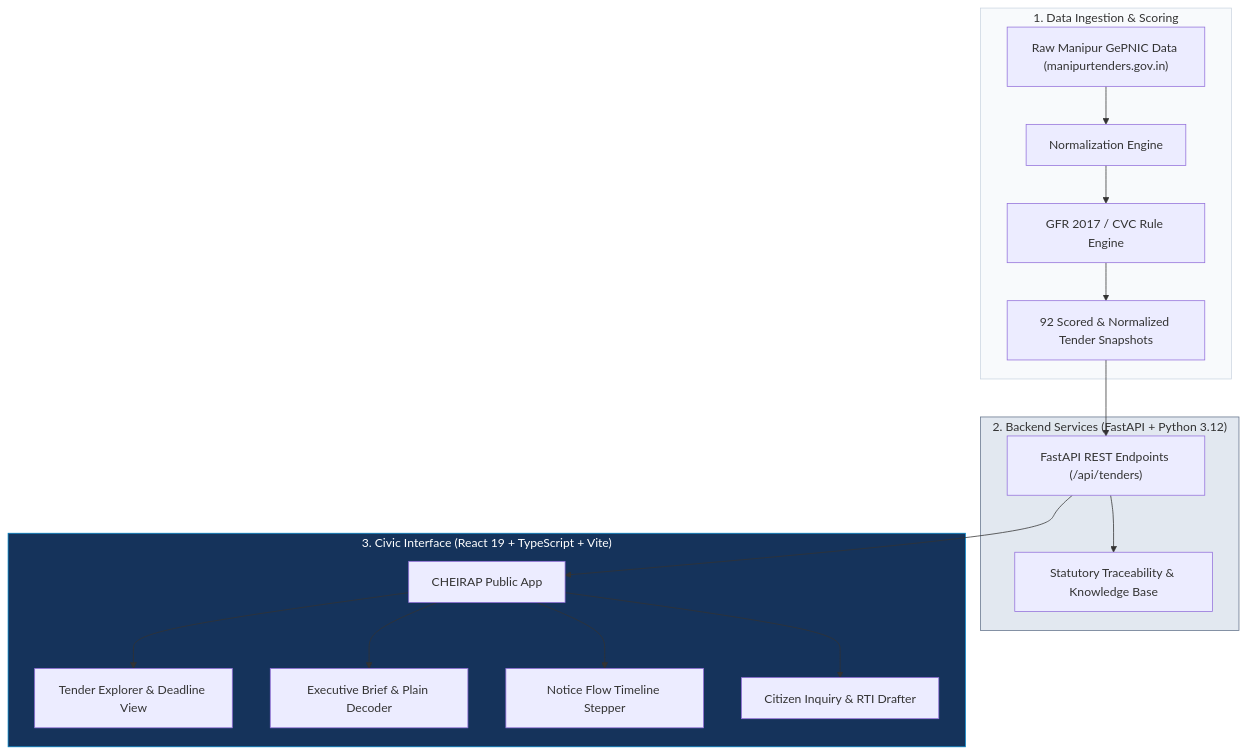
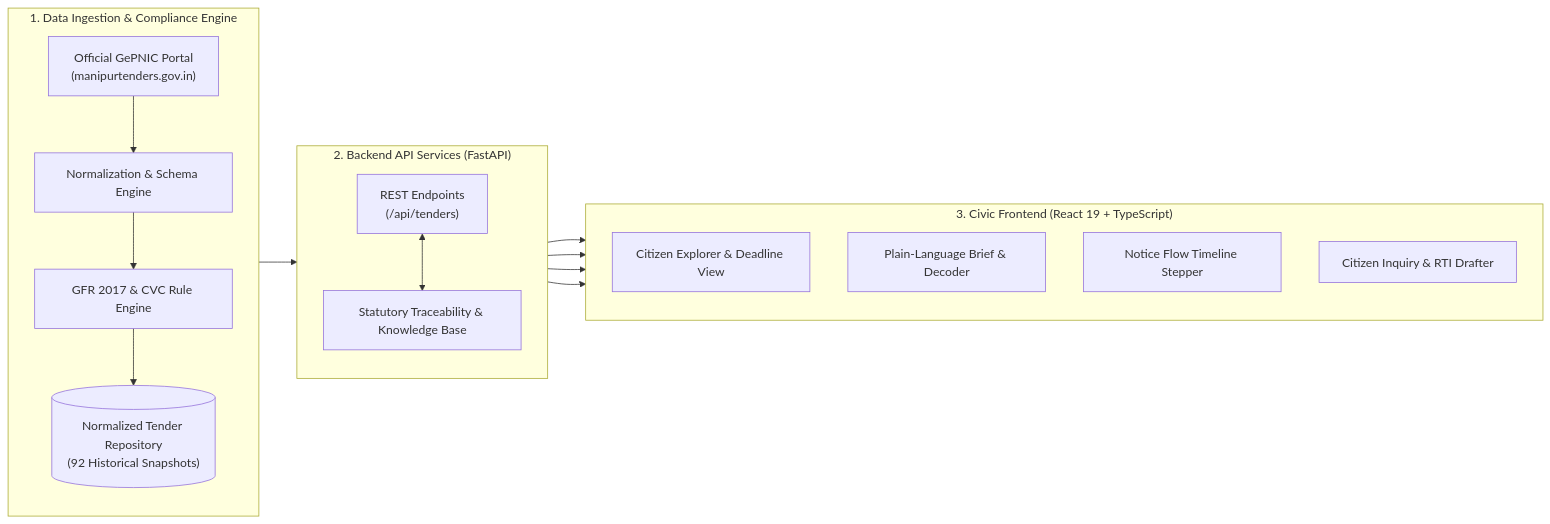
Before and after one commit to haapuchu/cheirap: the diagram in README.md, drawn with Mermaid. The commit also changed other lines of this file, not shown here.

Commit message:
docs: clean up README styling, remove emojis, polish architecture flowchart

````diff
--- a/README.md
+++ b/README.md
@@ -103,25 +103,34 @@
 ```mermaid
-flowchart TD
-    subgraph Data["1. Data Ingestion & Scoring"]
-        Raw["Raw Manipur GePNIC Data (manipurtenders.gov.in)"] --> Normalizer["Normalization Engine"]
-        Normalizer --> RuleEngine["GFR 2017 / CVC Rule Engine"]
-        RuleEngine --> ScoredDB["92 Scored & Normalized Tender Snapshots"]
+flowchart LR
+    subgraph Ingestion ["1. Data Ingestion & Compliance Engine"]
+        direction TB
+        Source["Official GePNIC Portal<br/>(manipurtenders.gov.in)"]
+        Normalizer["Normalization & Schema Engine"]
+        Rules["GFR 2017 & CVC Rule Engine"]
+        DB[("Normalized Tender Repository<br/>(92 Historical Snapshots)")]
+
+        Source --> Normalizer --> Rules --> DB
     end
 
-    subgraph Backend["2. Backend Services (FastAPI + Python 3.12)"]
-        ScoredDB --> API["FastAPI REST Endpoints (/api/tenders)"]
-        API --> RegKB["Statutory Traceability & Knowledge Base"]
+    subgraph Services ["2. Backend API Services (FastAPI)"]
+        direction TB
+        API["REST Endpoints<br/>(/api/tenders)"]
+        KB["Statutory Traceability & Knowledge Base"]
+
+        DB --> API
+        API <--> KB
     end
 
-    subgraph Frontend["3. Civic Interface (React 19 + TypeScript + Vite)"]
-        API --> App["CHEIRAP Public App"]
-        App --> Explorer["Tender Explorer & Deadline View"]
-        App --> Brief["Executive Brief & Plain Decoder"]
-        App --> Stepper["Notice Flow Timeline Stepper"]
-        App --> Inquiry["Citizen Inquiry & RTI Drafter"]
+    subgraph Interface ["3. Civic Frontend (React 19 + TypeScript)"]
+        direction TB
+        Explorer["Citizen Explorer & Deadline View"]
+        Brief["Plain-Language Brief & Decoder"]
+        Timeline["Notice Flow Timeline Stepper"]
+        Inquiry["Citizen Inquiry & RTI Drafter"]
+
+        API --> Explorer
+        API --> Brief
+        API --> Timeline
+        API --> Inquiry
     end
-
-    style Data fill:#f8fafc,stroke:#cbd5e1
-    style Backend fill:#e2e8f0,stroke:#64748b
-    style Frontend fill:#15335b,stroke:#0284c7,color:#fff
 ```
````
